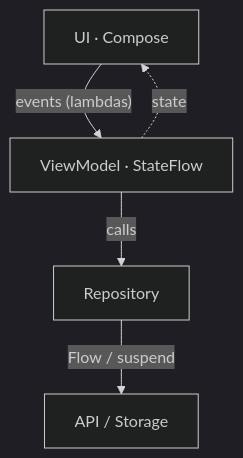
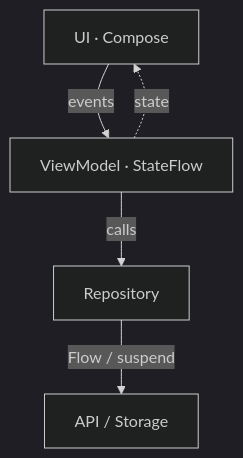
One commit to even-alpha-academy/alpha-onboarding changed the diagram in site/src/content/docs/foundations/mvvm-koin.mdx. Above: the diagram before and after it, drawn with Mermaid (dark theme). The commit also changed 2 other files, not shown here.

Commit message:
fix(diagrams): give Mermaid edge labels an opaque background
The arrow line was bleeding through edge-label text ("events"/"calls"/
"transfer ...") because htmlLabels:false labels had only a translucent
chip. Set edgeLabelBackground (+ a CSS belt) so labels sit on a solid
dark chip; shorten the colliding "events (lambdas)" to "events".

````diff
--- a/site/src/content/docs/foundations/mvvm-koin.mdx
+++ b/site/src/content/docs/foundations/mvvm-koin.mdx
@@ -22,11 +22,11 @@
 ```mermaid
 flowchart TB
     UI["UI · Compose"]
     VM["ViewModel · StateFlow"]
     Repo["Repository"]
     SRC["API / Storage"]
-    UI -- "events (lambdas)" --> VM
+    UI -- "events" --> VM
     VM -- "calls" --> Repo
     Repo -- "Flow / suspend" --> SRC
     VM -. "state" .-> UI
 ```
````
